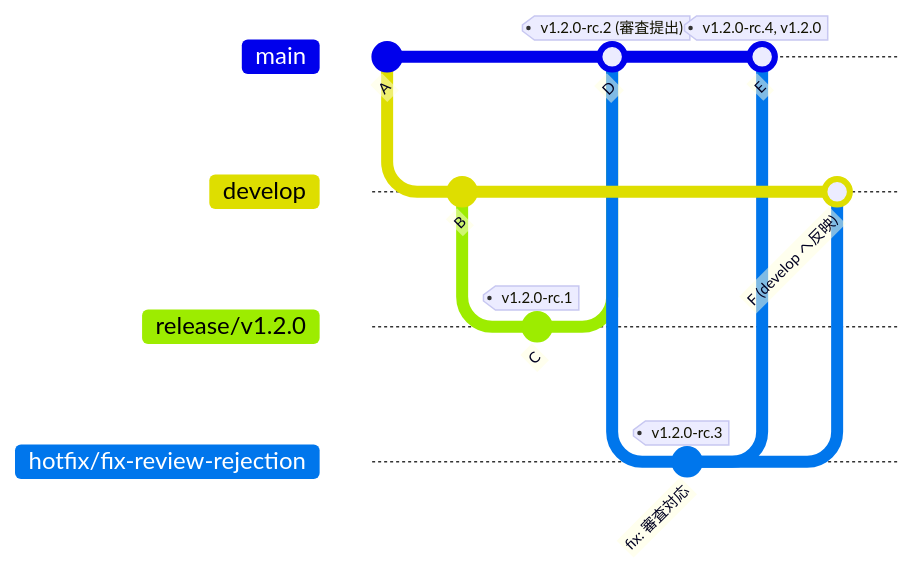
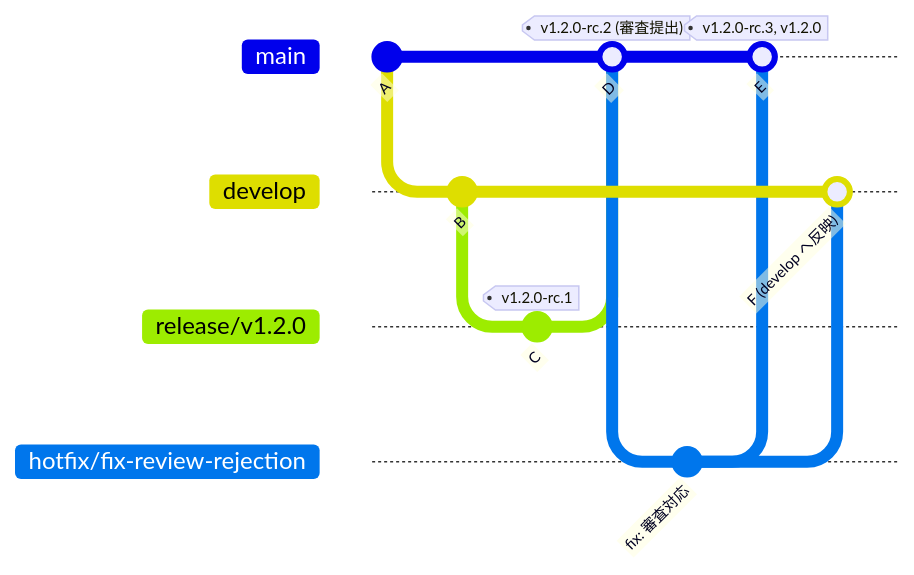
One commit to raysihto-d250311a/ops-guides-ja changed the sixth of 9 diagrams in docs/branching-and-deployment-runbook.md. Above: the diagram before and after it, drawn with Mermaid. The commit also changed other lines of this file, not shown here.

Commit message:
docs: improve consistency of RC tag numbering and add mermaid diagram notes

````diff
--- a/docs/branching-and-deployment-runbook.md
+++ b/docs/branching-and-deployment-runbook.md
@@ -509,19 +513,19 @@
 ```mermaid
 gitGraph
     commit id: "A"
     branch develop
     checkout develop
     commit id: "B"
     branch release/v1.2.0
     checkout release/v1.2.0
     commit id: "C" tag: "v1.2.0-rc.1"
     checkout main
     merge release/v1.2.0 id: "D" tag: "v1.2.0-rc.2 (審査提出)"
     branch hotfix/fix-review-rejection
     checkout hotfix/fix-review-rejection
-    commit id: "fix: 審査対応" tag: "v1.2.0-rc.3"
+    commit id: "fix: 審査対応"
     checkout main
-    merge hotfix/fix-review-rejection id: "E" tag: "v1.2.0-rc.4, v1.2.0"
+    merge hotfix/fix-review-rejection id: "E" tag: "v1.2.0-rc.3, v1.2.0"
     checkout develop
     merge hotfix/fix-review-rejection id: "F (develop へ反映)"
 ```
````
